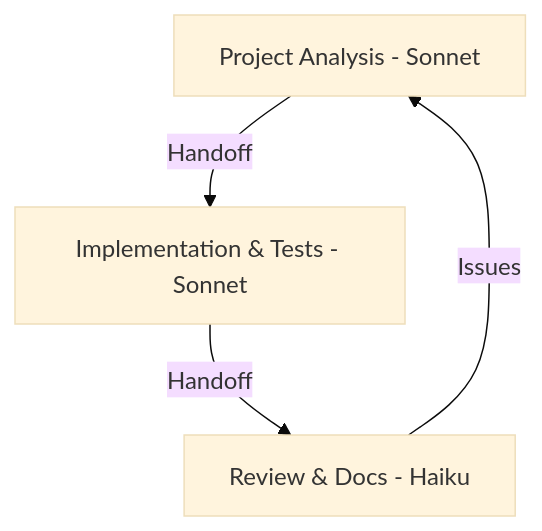
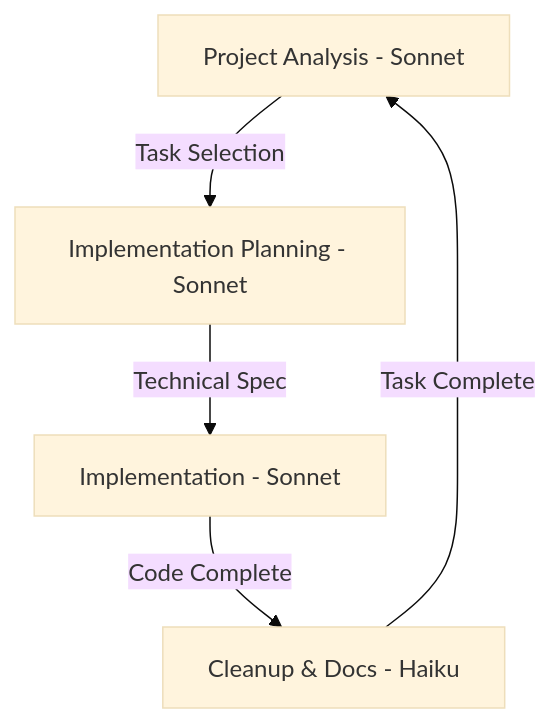
The diagram in Docs/development/workflows/claude-workflow.md (jerseycheese/BootHillGM), drawn with Mermaid (base theme) before and after one commit. The commit also changed other lines of this file and 17 other files, not shown here.

````diff
--- a/Docs/development/workflows/claude-workflow.md
+++ b/Docs/development/workflows/claude-workflow.md
@@ -7,6 +7,7 @@
 ```mermaid
 graph TD
-    A[Project Analysis - Sonnet] -->|Handoff| B[Implementation & Tests - Sonnet]
-    B -->|Handoff| C[Review & Docs - Haiku]
-    C -->|Issues| A
+    A[Project Analysis - Sonnet] -->|Task Selection| B[Implementation Planning - Sonnet]
+    B -->|Technical Spec| C[Implementation - Sonnet]
+    C -->|Code Complete| D[Cleanup & Docs - Haiku]
+    D -->|Task Complete| A
 ```
````
